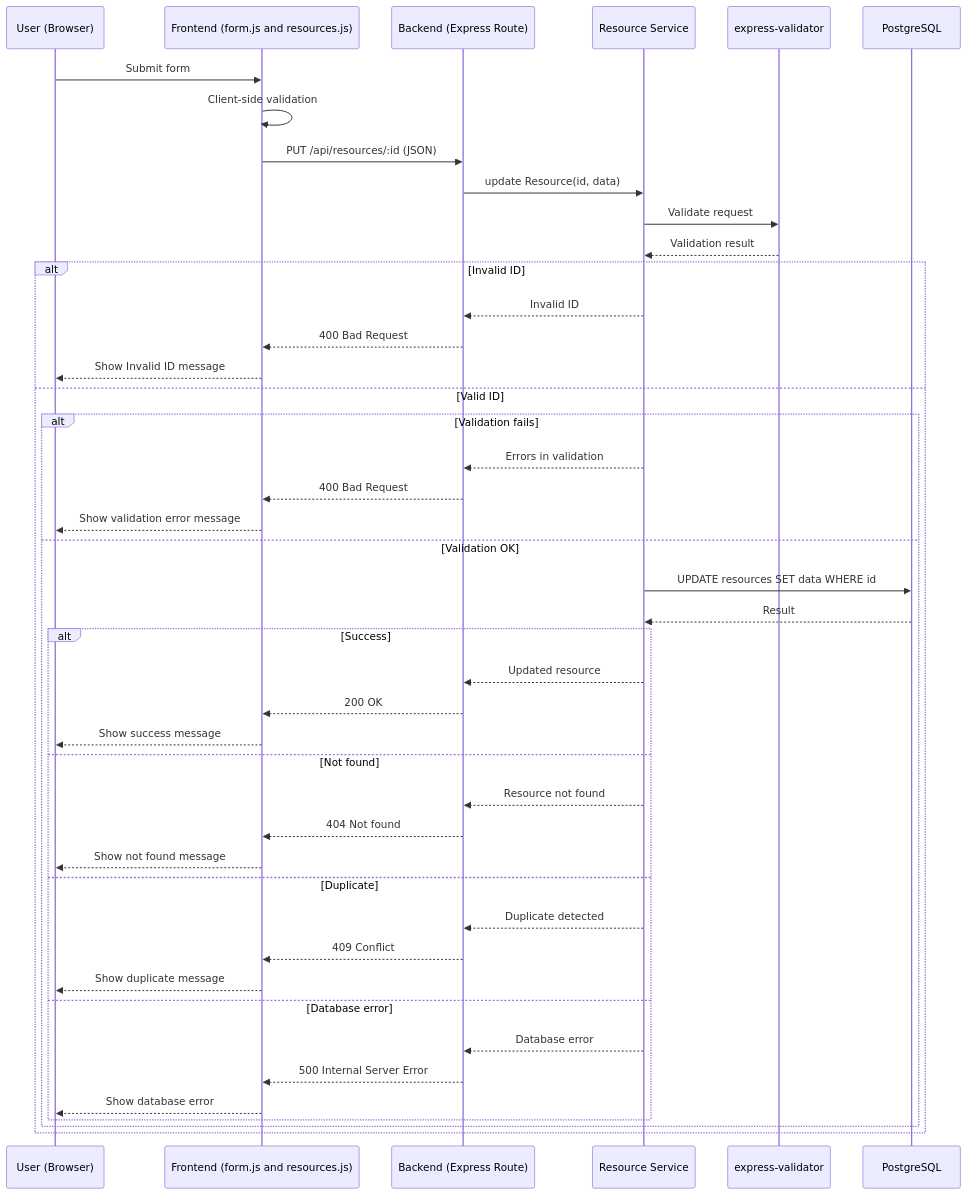
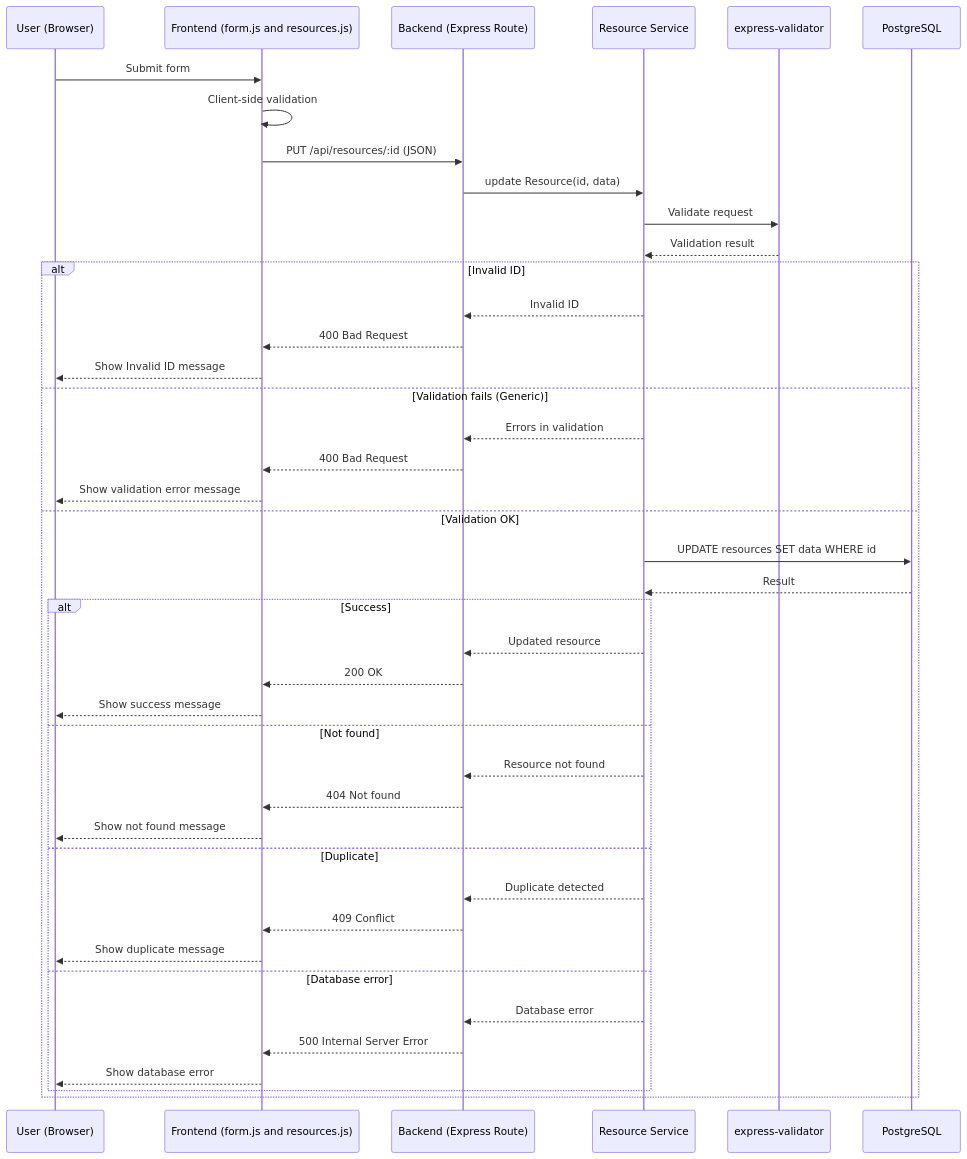
Before and after one commit to vheikkiniemi/BasicsOfWebDevelopment2025S: the fourth of 5 diagrams in FromAdvWebDev/G1_CRUD_Dataflow.md, drawn with Mermaid.

Commit message:
G1 updated

````diff
--- a/FromAdvWebDev/G1_CRUD_Dataflow.md
+++ b/FromAdvWebDev/G1_CRUD_Dataflow.md
@@ -111,51 +111,48 @@
 ```mermaid
 sequenceDiagram
     participant U as User (Browser)
     participant F as Frontend (form.js and resources.js)
     participant B as Backend (Express Route)
     participant S as Resource Service
     participant V as express-validator
     participant DB as PostgreSQL
     
     U->>F: Submit form
     F->>F: Client-side validation
     F->>B: PUT /api/resources/:id (JSON)
     B->>S: update Resource(id, data)
 
     S->>V: Validate request
     V-->>S: Validation result
 
     alt Invalid ID
         S-->>B: Invalid ID
         B-->>F: 400 Bad Request
         F-->>U: Show Invalid ID message
-    else Valid ID
+    else Validation fails (Generic)
+        S-->>B: Errors in validation
+        B-->>F: 400 Bad Request
+        F-->>U: Show validation error message
+    else Validation OK
+        S->>DB: UPDATE resources SET data WHERE id 
+        DB-->>S: Result
 
-        alt Validation fails
-            S-->>B: Errors in validation
-            B-->>F: 400 Bad Request
-            F-->>U: Show validation error message
-        else Validation OK
-            S->>DB: UPDATE resources SET data WHERE id 
-            DB-->>S: Result
-
-            alt Success
-                S-->>B: Updated resource
-                B-->>F: 200 OK
-                F-->>U: Show success message
-            else Not found
-                S-->>B: Resource not found
-                B-->>F: 404 Not found
-                F-->>U: Show not found message
-            else Duplicate
-                S-->>B: Duplicate detected
-                B-->>F: 409 Conflict
-                F-->>U: Show duplicate message
-            else Database error
-                S-->>B: Database error
-                B-->>F: 500 Internal Server Error
-                F-->>U: Show database error
-            end
+        alt Success
+            S-->>B: Updated resource
+            B-->>F: 200 OK
+            F-->>U: Show success message
+        else Not found
+            S-->>B: Resource not found
+            B-->>F: 404 Not found
+            F-->>U: Show not found message
+        else Duplicate
+            S-->>B: Duplicate detected
+            B-->>F: 409 Conflict
+            F-->>U: Show duplicate message
+        else Database error
+            S-->>B: Database error
+            B-->>F: 500 Internal Server Error
+            F-->>U: Show database error
         end
-    end     
+    end    
 ```
````
